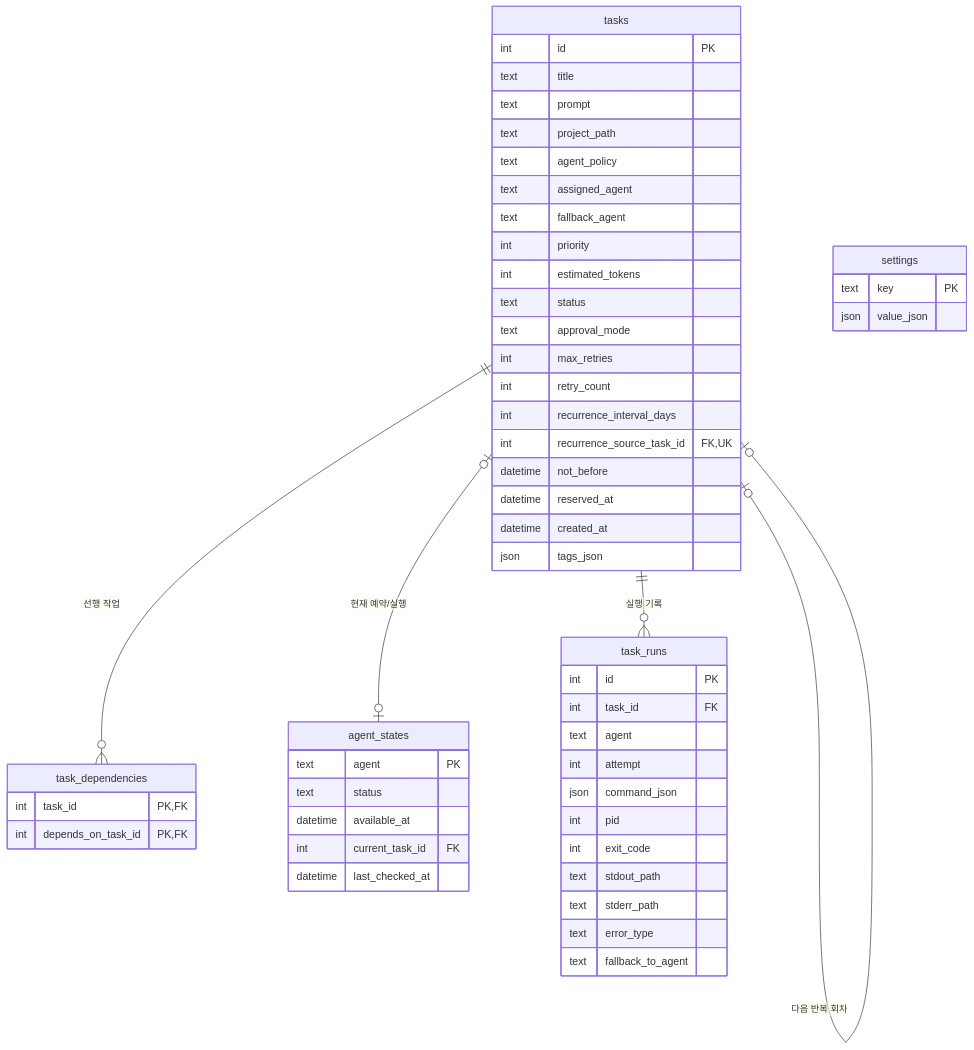
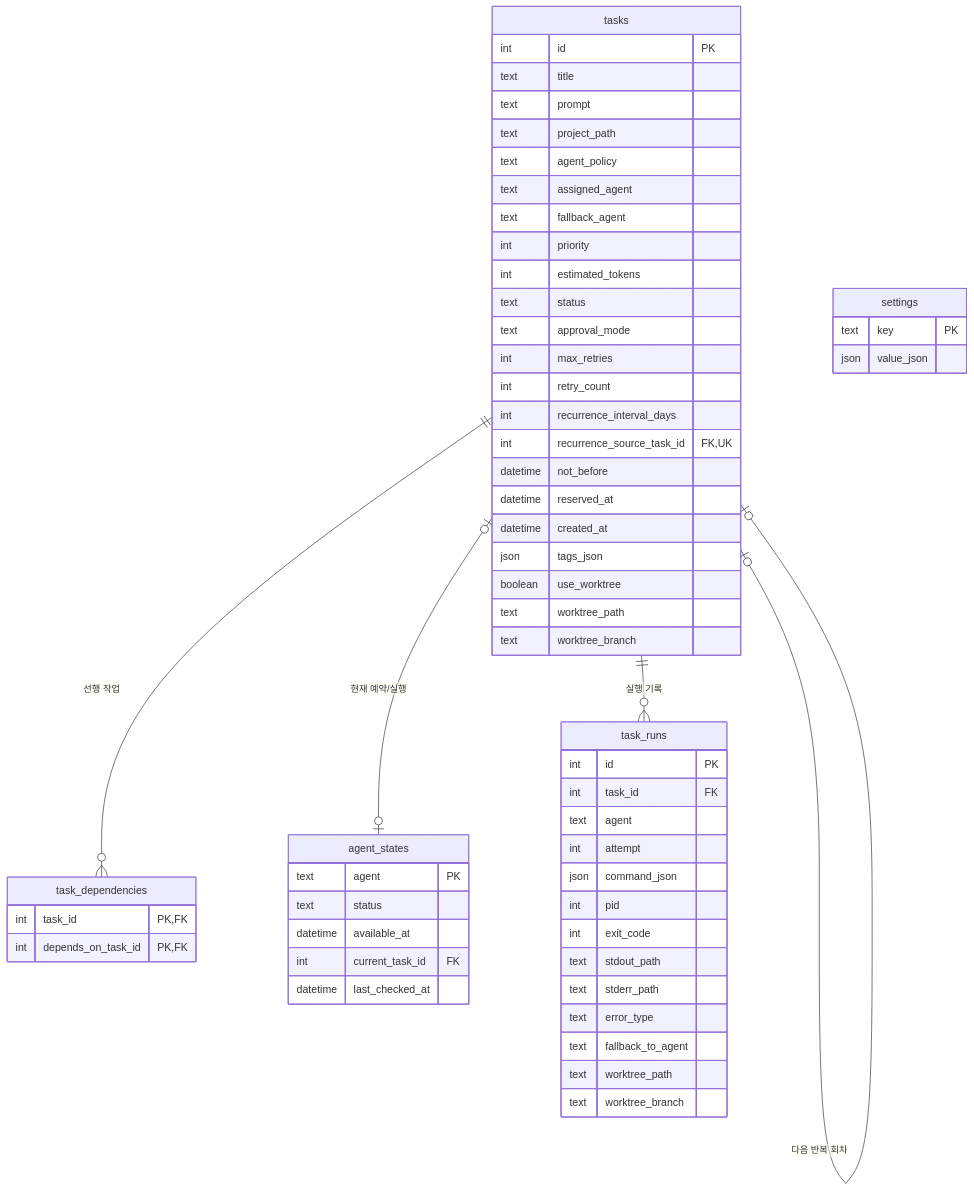
One commit to jasonwpgml/AQR changed the second of 4 diagrams in ai-queue-runner/docs/ARCHITECTURE.md. Above: the diagram before and after it, drawn with Mermaid. The commit also changed other lines of this file and 28 other files, not shown here.

````diff
--- a/ai-queue-runner/docs/ARCHITECTURE.md
+++ b/ai-queue-runner/docs/ARCHITECTURE.md
@@ -66,57 +71,62 @@
 ```mermaid
 erDiagram
     tasks {
         int id PK
         text title
         text prompt
         text project_path
         text agent_policy
         text assigned_agent
         text fallback_agent
         int priority
         int estimated_tokens
         text status
         text approval_mode
         int max_retries
         int retry_count
         int recurrence_interval_days
         int recurrence_source_task_id FK,UK
         datetime not_before
         datetime reserved_at
         datetime created_at
         json tags_json
+        boolean use_worktree
+        text worktree_path
+        text worktree_branch
     }
     task_dependencies {
         int task_id PK,FK
         int depends_on_task_id PK,FK
     }
     agent_states {
         text agent PK
         text status
         datetime available_at
         int current_task_id FK
         datetime last_checked_at
     }
     task_runs {
         int id PK
         int task_id FK
         text agent
         int attempt
         json command_json
         int pid
         int exit_code
         text stdout_path
         text stderr_path
         text error_type
         text fallback_to_agent
+        text worktree_path
+        text worktree_branch
     }
     settings {
         text key PK
         json value_json
     }
 
     tasks ||--o{ task_dependencies : "선행 작업"
     tasks ||--o{ task_runs : "실행 기록"
     tasks o|--o| tasks : "다음 반복 회차"
     tasks |o--o| agent_states : "현재 예약/실행"
 ```
````
